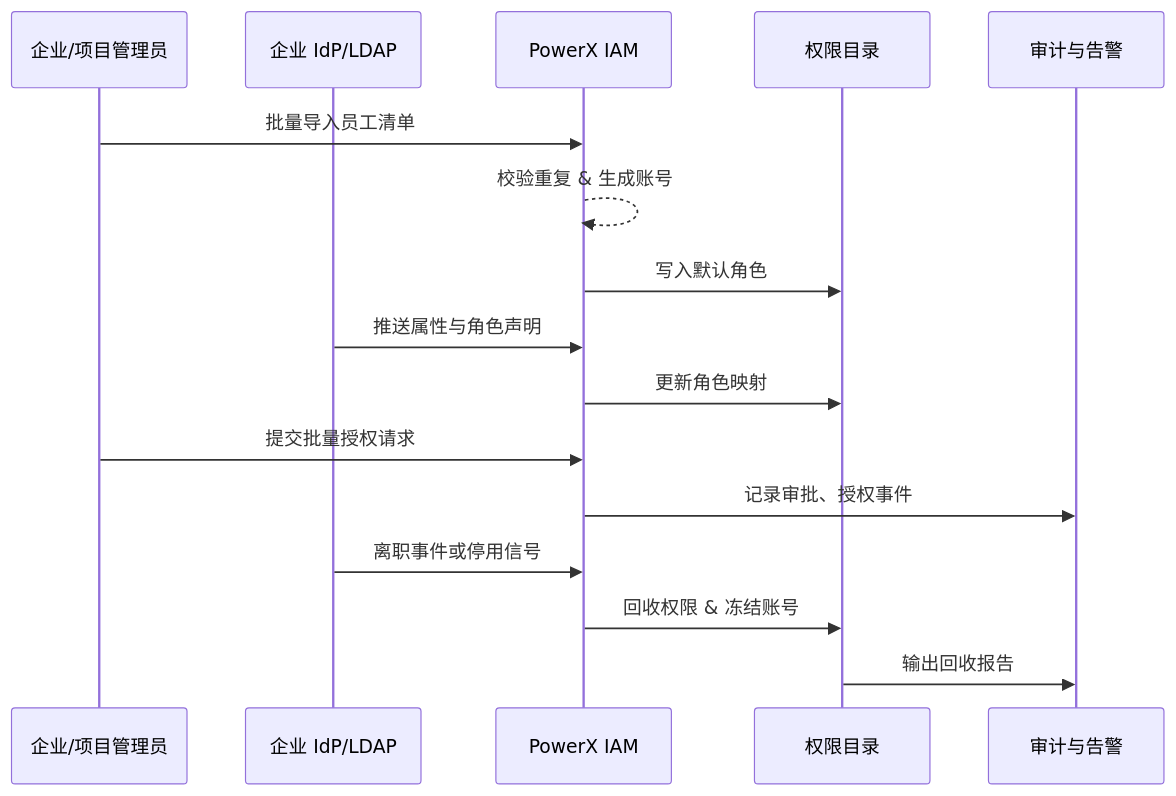
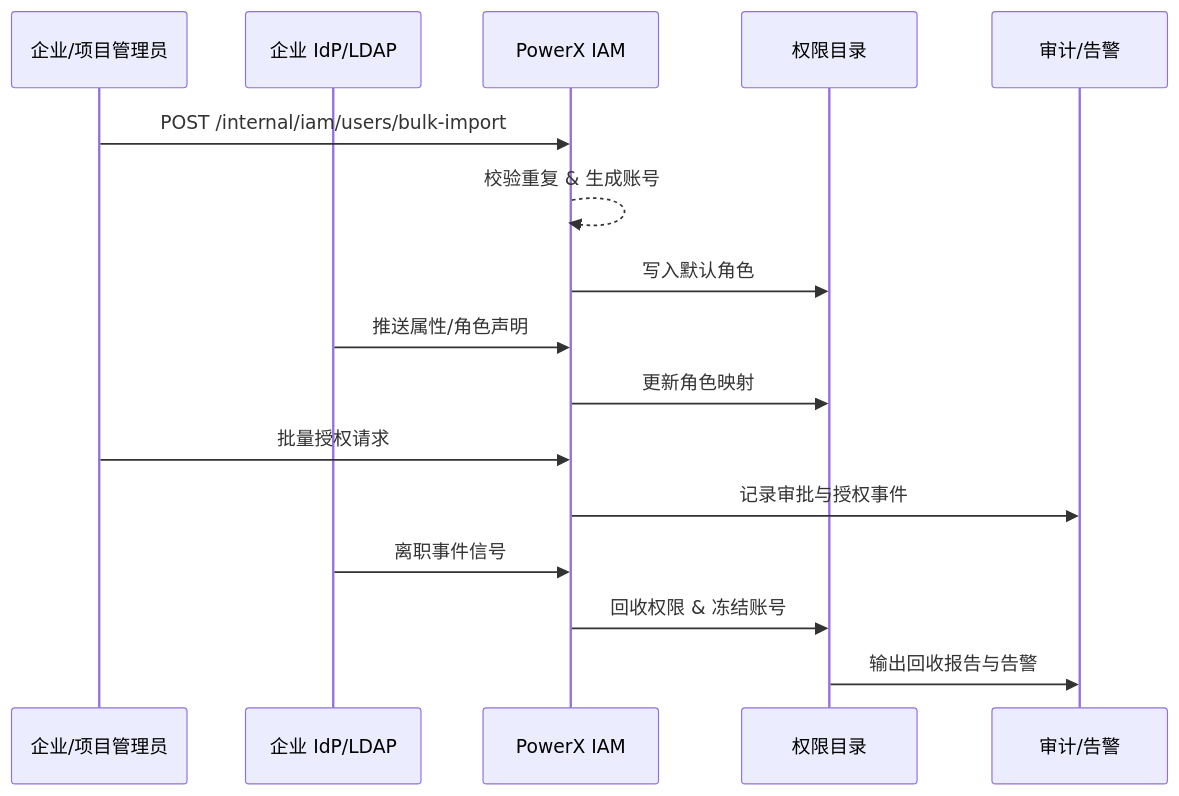
The diagram in docs/use_cases/_from_hub/SCN-IAM-USER-ROLE-001/SCN-IAM-USER-ROLE-001.md (ArtisanCloud/PowerX), drawn with Mermaid before and after one commit. The commit also changed other lines of this file, not shown here.

Commit message:
docs: sync usecase seeds for SCN-IAM-USER-ROLE-001

````diff
--- a/docs/use_cases/_from_hub/SCN-IAM-USER-ROLE-001/SCN-IAM-USER-ROLE-001.md
+++ b/docs/use_cases/_from_hub/SCN-IAM-USER-ROLE-001/SCN-IAM-USER-ROLE-001.md
@@ -61,19 +69,19 @@
 ```mermaid
 sequenceDiagram
   participant Admin as 企业/项目管理员
   participant IdP as 企业 IdP/LDAP
   participant IAM as PowerX IAM
   participant Access as 权限目录
-  participant Audit as 审计与告警
+  participant Audit as 审计/告警
 
-  Admin->>IAM: 批量导入员工清单
+  Admin->>IAM: POST /internal/iam/users/bulk-import
   IAM-->>IAM: 校验重复 & 生成账号
   IAM->>Access: 写入默认角色
-  IdP->>IAM: 推送属性与角色声明
+  IdP->>IAM: 推送属性/角色声明
   IAM->>Access: 更新角色映射
-  Admin->>IAM: 提交批量授权请求
-  IAM->>Audit: 记录审批、授权事件
-  IdP->>IAM: 离职事件或停用信号
+  Admin->>IAM: 批量授权请求
+  IAM->>Audit: 记录审批与授权事件
+  IdP->>IAM: 离职事件信号
   IAM->>Access: 回收权限 & 冻结账号
-  Access->>Audit: 输出回收报告
+  Access->>Audit: 输出回收报告与告警
 ```
````
